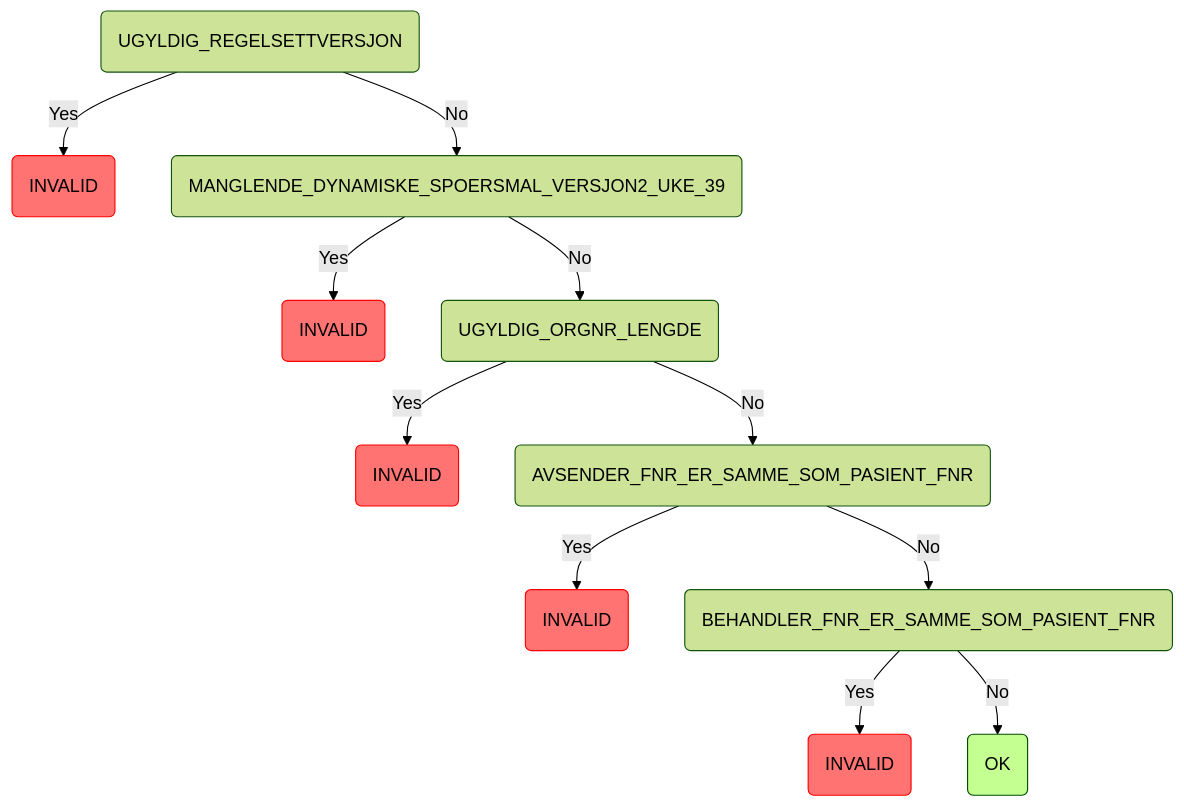
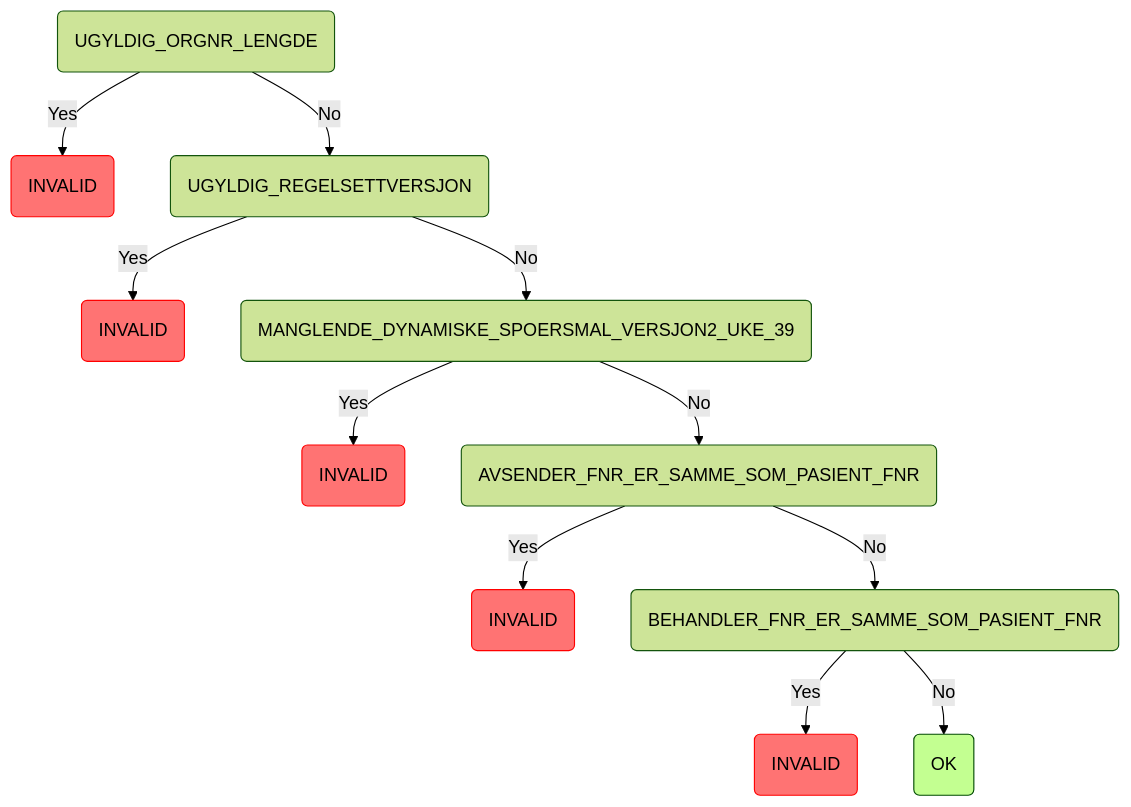
Before and after one commit to navikt/syfosmregler: the third of 9 diagrams in README.md, drawn with Mermaid (forest theme). The commit also changed 3 other files, not shown here.

````diff
--- a/README.md
+++ b/README.md
@@ -109,16 +109,16 @@
 ```mermaid
 graph TD
-    root(UGYLDIG_REGELSETTVERSJON) -->|Yes| root_UGYLDIG_REGELSETTVERSJON_INVALID(INVALID):::invalid
-    root(UGYLDIG_REGELSETTVERSJON) -->|No| root_UGYLDIG_REGELSETTVERSJON_MANGLENDE_DYNAMISKE_SPOERSMAL_VERSJON2_UKE_39(MANGLENDE_DYNAMISKE_SPOERSMAL_VERSJON2_UKE_39)
-    root_UGYLDIG_REGELSETTVERSJON_MANGLENDE_DYNAMISKE_SPOERSMAL_VERSJON2_UKE_39(MANGLENDE_DYNAMISKE_SPOERSMAL_VERSJON2_UKE_39) -->|Yes| root_UGYLDIG_REGELSETTVERSJON_MANGLENDE_DYNAMISKE_SPOERSMAL_VERSJON2_UKE_39_INVALID(INVALID):::invalid
-    root_UGYLDIG_REGELSETTVERSJON_MANGLENDE_DYNAMISKE_SPOERSMAL_VERSJON2_UKE_39(MANGLENDE_DYNAMISKE_SPOERSMAL_VERSJON2_UKE_39) -->|No| root_UGYLDIG_REGELSETTVERSJON_MANGLENDE_DYNAMISKE_SPOERSMAL_VERSJON2_UKE_39_UGYLDIG_ORGNR_LENGDE(UGYLDIG_ORGNR_LENGDE)
-    root_UGYLDIG_REGELSETTVERSJON_MANGLENDE_DYNAMISKE_SPOERSMAL_VERSJON2_UKE_39_UGYLDIG_ORGNR_LENGDE(UGYLDIG_ORGNR_LENGDE) -->|Yes| root_UGYLDIG_REGELSETTVERSJON_MANGLENDE_DYNAMISKE_SPOERSMAL_VERSJON2_UKE_39_UGYLDIG_ORGNR_LENGDE_INVALID(INVALID):::invalid
-    root_UGYLDIG_REGELSETTVERSJON_MANGLENDE_DYNAMISKE_SPOERSMAL_VERSJON2_UKE_39_UGYLDIG_ORGNR_LENGDE(UGYLDIG_ORGNR_LENGDE) -->|No| root_UGYLDIG_REGELSETTVERSJON_MANGLENDE_DYNAMISKE_SPOERSMAL_VERSJON2_UKE_39_UGYLDIG_ORGNR_LENGDE_AVSENDER_FNR_ER_SAMME_SOM_PASIENT_FNR(AVSENDER_FNR_ER_SAMME_SOM_PASIENT_FNR)
-    root_UGYLDIG_REGELSETTVERSJON_MANGLENDE_DYNAMISKE_SPOERSMAL_VERSJON2_UKE_39_UGYLDIG_ORGNR_LENGDE_AVSENDER_FNR_ER_SAMME_SOM_PASIENT_FNR(AVSENDER_FNR_ER_SAMME_SOM_PASIENT_FNR) -->|Yes| root_UGYLDIG_REGELSETTVERSJON_MANGLENDE_DYNAMISKE_SPOERSMAL_VERSJON2_UKE_39_UGYLDIG_ORGNR_LENGDE_AVSENDER_FNR_ER_SAMME_SOM_PASIENT_FNR_INVALID(INVALID):::invalid
-    root_UGYLDIG_REGELSETTVERSJON_MANGLENDE_DYNAMISKE_SPOERSMAL_VERSJON2_UKE_39_UGYLDIG_ORGNR_LENGDE_AVSENDER_FNR_ER_SAMME_SOM_PASIENT_FNR(AVSENDER_FNR_ER_SAMME_SOM_PASIENT_FNR) -->|No| root_UGYLDIG_REGELSETTVERSJON_MANGLENDE_DYNAMISKE_SPOERSMAL_VERSJON2_UKE_39_UGYLDIG_ORGNR_LENGDE_AVSENDER_FNR_ER_SAMME_SOM_PASIENT_FNR_BEHANDLER_FNR_ER_SAMME_SOM_PASIENT_FNR(BEHANDLER_FNR_ER_SAMME_SOM_PASIENT_FNR)
-    root_UGYLDIG_REGELSETTVERSJON_MANGLENDE_DYNAMISKE_SPOERSMAL_VERSJON2_UKE_39_UGYLDIG_ORGNR_LENGDE_AVSENDER_FNR_ER_SAMME_SOM_PASIENT_FNR_BEHANDLER_FNR_ER_SAMME_SOM_PASIENT_FNR(BEHANDLER_FNR_ER_SAMME_SOM_PASIENT_FNR) -->|Yes| root_UGYLDIG_REGELSETTVERSJON_MANGLENDE_DYNAMISKE_SPOERSMAL_VERSJON2_UKE_39_UGYLDIG_ORGNR_LENGDE_AVSENDER_FNR_ER_SAMME_SOM_PASIENT_FNR_BEHANDLER_FNR_ER_SAMME_SOM_PASIENT_FNR_INVALID(INVALID):::invalid
-    root_UGYLDIG_REGELSETTVERSJON_MANGLENDE_DYNAMISKE_SPOERSMAL_VERSJON2_UKE_39_UGYLDIG_ORGNR_LENGDE_AVSENDER_FNR_ER_SAMME_SOM_PASIENT_FNR_BEHANDLER_FNR_ER_SAMME_SOM_PASIENT_FNR(BEHANDLER_FNR_ER_SAMME_SOM_PASIENT_FNR) -->|No| root_UGYLDIG_REGELSETTVERSJON_MANGLENDE_DYNAMISKE_SPOERSMAL_VERSJON2_UKE_39_UGYLDIG_ORGNR_LENGDE_AVSENDER_FNR_ER_SAMME_SOM_PASIENT_FNR_BEHANDLER_FNR_ER_SAMME_SOM_PASIENT_FNR_OK(OK):::ok
+    root(UGYLDIG_ORGNR_LENGDE) -->|Yes| root_UGYLDIG_ORGNR_LENGDE_INVALID(INVALID):::invalid
+    root(UGYLDIG_ORGNR_LENGDE) -->|No| root_UGYLDIG_ORGNR_LENGDE_UGYLDIG_REGELSETTVERSJON(UGYLDIG_REGELSETTVERSJON)
+    root_UGYLDIG_ORGNR_LENGDE_UGYLDIG_REGELSETTVERSJON(UGYLDIG_REGELSETTVERSJON) -->|Yes| root_UGYLDIG_ORGNR_LENGDE_UGYLDIG_REGELSETTVERSJON_INVALID(INVALID):::invalid
+    root_UGYLDIG_ORGNR_LENGDE_UGYLDIG_REGELSETTVERSJON(UGYLDIG_REGELSETTVERSJON) -->|No| root_UGYLDIG_ORGNR_LENGDE_UGYLDIG_REGELSETTVERSJON_MANGLENDE_DYNAMISKE_SPOERSMAL_VERSJON2_UKE_39(MANGLENDE_DYNAMISKE_SPOERSMAL_VERSJON2_UKE_39)
+    root_UGYLDIG_ORGNR_LENGDE_UGYLDIG_REGELSETTVERSJON_MANGLENDE_DYNAMISKE_SPOERSMAL_VERSJON2_UKE_39(MANGLENDE_DYNAMISKE_SPOERSMAL_VERSJON2_UKE_39) -->|Yes| root_UGYLDIG_ORGNR_LENGDE_UGYLDIG_REGELSETTVERSJON_MANGLENDE_DYNAMISKE_SPOERSMAL_VERSJON2_UKE_39_INVALID(INVALID):::invalid
+    root_UGYLDIG_ORGNR_LENGDE_UGYLDIG_REGELSETTVERSJON_MANGLENDE_DYNAMISKE_SPOERSMAL_VERSJON2_UKE_39(MANGLENDE_DYNAMISKE_SPOERSMAL_VERSJON2_UKE_39) -->|No| root_UGYLDIG_ORGNR_LENGDE_UGYLDIG_REGELSETTVERSJON_MANGLENDE_DYNAMISKE_SPOERSMAL_VERSJON2_UKE_39_AVSENDER_FNR_ER_SAMME_SOM_PASIENT_FNR(AVSENDER_FNR_ER_SAMME_SOM_PASIENT_FNR)
+    root_UGYLDIG_ORGNR_LENGDE_UGYLDIG_REGELSETTVERSJON_MANGLENDE_DYNAMISKE_SPOERSMAL_VERSJON2_UKE_39_AVSENDER_FNR_ER_SAMME_SOM_PASIENT_FNR(AVSENDER_FNR_ER_SAMME_SOM_PASIENT_FNR) -->|Yes| root_UGYLDIG_ORGNR_LENGDE_UGYLDIG_REGELSETTVERSJON_MANGLENDE_DYNAMISKE_SPOERSMAL_VERSJON2_UKE_39_AVSENDER_FNR_ER_SAMME_SOM_PASIENT_FNR_INVALID(INVALID):::invalid
+    root_UGYLDIG_ORGNR_LENGDE_UGYLDIG_REGELSETTVERSJON_MANGLENDE_DYNAMISKE_SPOERSMAL_VERSJON2_UKE_39_AVSENDER_FNR_ER_SAMME_SOM_PASIENT_FNR(AVSENDER_FNR_ER_SAMME_SOM_PASIENT_FNR) -->|No| root_UGYLDIG_ORGNR_LENGDE_UGYLDIG_REGELSETTVERSJON_MANGLENDE_DYNAMISKE_SPOERSMAL_VERSJON2_UKE_39_AVSENDER_FNR_ER_SAMME_SOM_PASIENT_FNR_BEHANDLER_FNR_ER_SAMME_SOM_PASIENT_FNR(BEHANDLER_FNR_ER_SAMME_SOM_PASIENT_FNR)
+    root_UGYLDIG_ORGNR_LENGDE_UGYLDIG_REGELSETTVERSJON_MANGLENDE_DYNAMISKE_SPOERSMAL_VERSJON2_UKE_39_AVSENDER_FNR_ER_SAMME_SOM_PASIENT_FNR_BEHANDLER_FNR_ER_SAMME_SOM_PASIENT_FNR(BEHANDLER_FNR_ER_SAMME_SOM_PASIENT_FNR) -->|Yes| root_UGYLDIG_ORGNR_LENGDE_UGYLDIG_REGELSETTVERSJON_MANGLENDE_DYNAMISKE_SPOERSMAL_VERSJON2_UKE_39_AVSENDER_FNR_ER_SAMME_SOM_PASIENT_FNR_BEHANDLER_FNR_ER_SAMME_SOM_PASIENT_FNR_INVALID(INVALID):::invalid
+    root_UGYLDIG_ORGNR_LENGDE_UGYLDIG_REGELSETTVERSJON_MANGLENDE_DYNAMISKE_SPOERSMAL_VERSJON2_UKE_39_AVSENDER_FNR_ER_SAMME_SOM_PASIENT_FNR_BEHANDLER_FNR_ER_SAMME_SOM_PASIENT_FNR(BEHANDLER_FNR_ER_SAMME_SOM_PASIENT_FNR) -->|No| root_UGYLDIG_ORGNR_LENGDE_UGYLDIG_REGELSETTVERSJON_MANGLENDE_DYNAMISKE_SPOERSMAL_VERSJON2_UKE_39_AVSENDER_FNR_ER_SAMME_SOM_PASIENT_FNR_BEHANDLER_FNR_ER_SAMME_SOM_PASIENT_FNR_OK(OK):::ok
     classDef ok fill:#c3ff91,stroke:#004a00,color: black;
     classDef invalid fill:#ff7373,stroke:#ff0000,color: black;
     classDef manuell fill:#ffe24f,stroke:#ffd500,color: #473c00;
 ```
````
